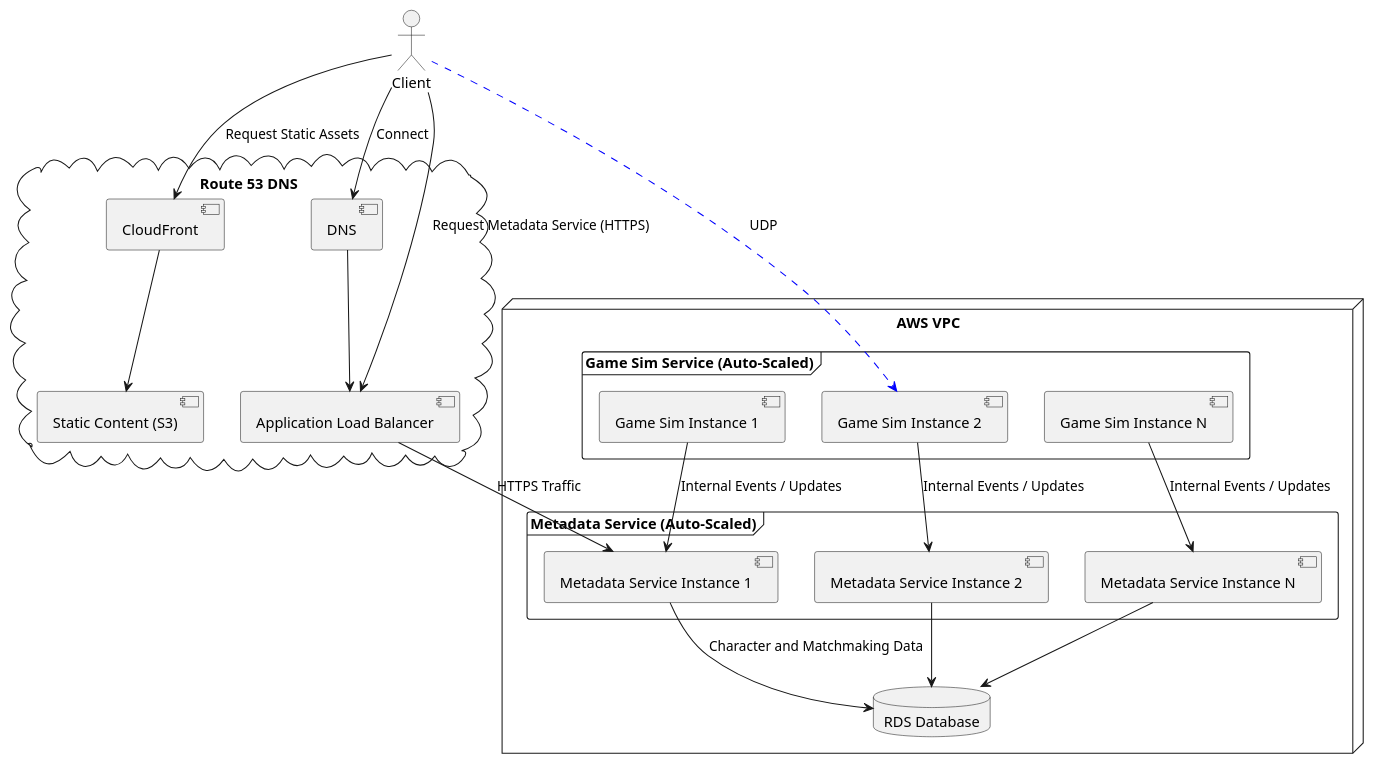
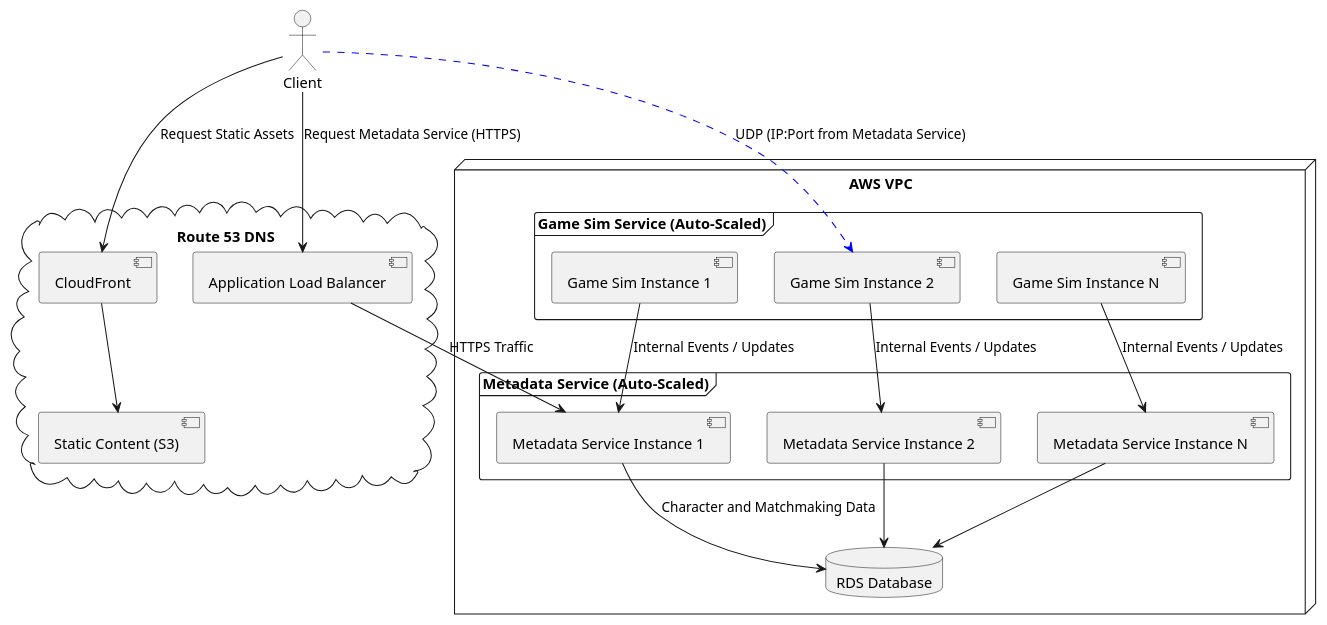
One commit to dcasadevall/rpg-server changed the diagram in docs/2-aws-architecture.puml. Above: the diagram before and after it, drawn with PlantUML.

Commit message:
More arch refinements

```diff
--- a/docs/2-aws-architecture.puml
+++ b/docs/2-aws-architecture.puml
@@ -1,44 +1,43 @@
 @startuml AWS Multiplayer Deployment (with Autoscaling)
 actor Client
 cloud "Route 53 DNS" {
     [CloudFront] --> [Static Content (S3)]
-    [DNS] --> [Application Load Balancer]
+    [Application Load Balancer]
 }
 
 node "AWS VPC" {
     frame "Metadata Service (Auto-Scaled)" {
         [Metadata Service Instance 1]
         [Metadata Service Instance 2]
         [Metadata Service Instance N]
     }
     
     frame "Game Sim Service (Auto-Scaled)" {
         [Game Sim Instance 1]
         [Game Sim Instance 2]
         [Game Sim Instance N]
     }
     
     database "RDS Database" as RDS
 }
 
 ' Client Connections
-Client --> [DNS] : Connect
 Client --> [CloudFront] : Request Static Assets
 Client --> [Application Load Balancer] : Request Metadata Service (HTTPS)
 
 ' API Flow (Single line from ALB to Metadata Service Frame)
 [Application Load Balancer] --> [Metadata Service Instance 1] : HTTPS Traffic
 
 ' Metadata Service to RDS
 [Metadata Service Instance 1] --> RDS : Character and Matchmaking Data
 [Metadata Service Instance 2] --> RDS
 [Metadata Service Instance N] --> RDS
 
 ' Direct UDP Connection to Game Sim (Single line)
-Client -[#blue,dashed]-> [Game Sim Instance 2] : UDP
+Client -[#blue,dashed]-> [Game Sim Instance 2] : UDP (IP:Port from Metadata Service)
 
 ' Game Sim Service updates
 [Game Sim Instance 1] --> [Metadata Service Instance 1] : Internal Events / Updates
 [Game Sim Instance 2] --> [Metadata Service Instance 2] : Internal Events / Updates
 [Game Sim Instance N] --> [Metadata Service Instance N] : Internal Events / Updates
 @enduml
```
